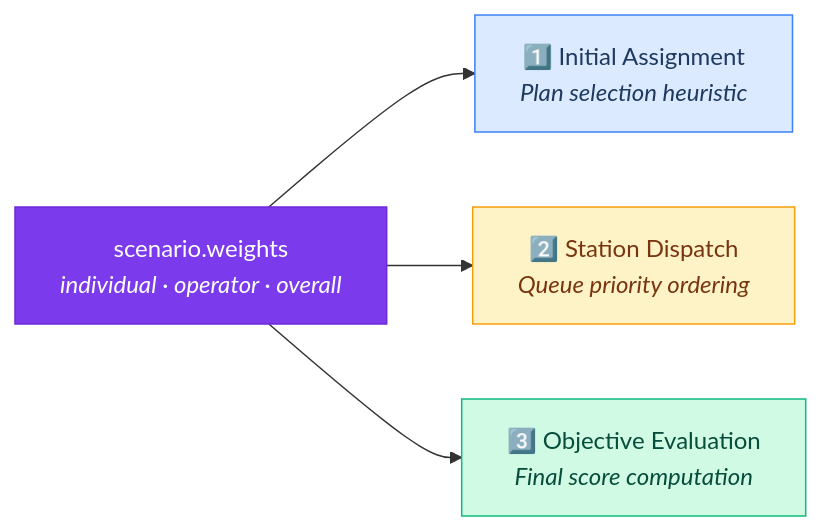
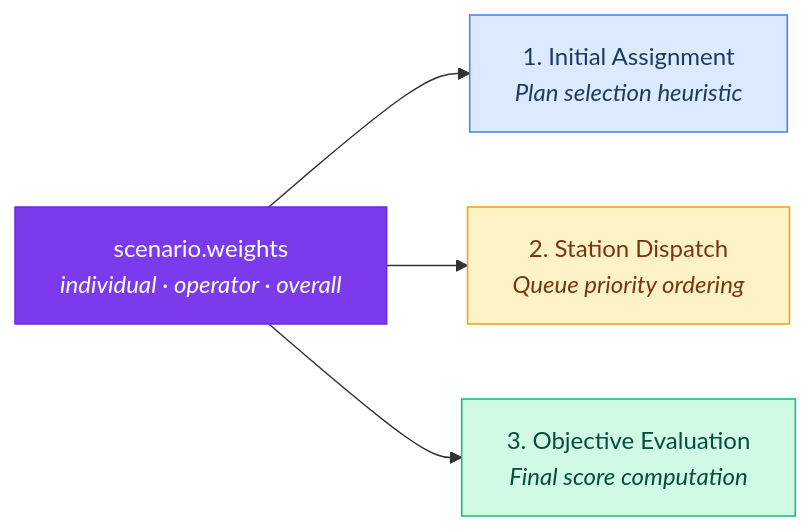
One commit to mukulgupta11/bus_charging_scheduler changed diagram 11 of 13 in ARCHITECTURE.md. Above: the diagram before and after it, drawn with Mermaid. The commit also changed other lines of this file and 3 other files, not shown here.

````diff
--- a/ARCHITECTURE.md
+++ b/ARCHITECTURE.md
@@ -660,13 +660,13 @@
 ```mermaid
 graph LR
     W["scenario.weights<br/><i>individual · operator · overall</i>"]
 
-    W --> IA["1️⃣ Initial Assignment<br/><i>Plan selection heuristic</i>"]
-    W --> SD["2️⃣ Station Dispatch<br/><i>Queue priority ordering</i>"]
-    W --> OE["3️⃣ Objective Evaluation<br/><i>Final score computation</i>"]
+    W --> IA["1. Initial Assignment<br/><i>Plan selection heuristic</i>"]
+    W --> SD["2. Station Dispatch<br/><i>Queue priority ordering</i>"]
+    W --> OE["3. Objective Evaluation<br/><i>Final score computation</i>"]
 
     style W fill:#7C3AED,color:#fff,stroke:#6D28D9
     style IA fill:#DBEAFE,stroke:#3B82F6,color:#1E3A5F
     style SD fill:#FEF3C7,stroke:#F59E0B,color:#78350F
     style OE fill:#D1FAE5,stroke:#10B981,color:#064E3B
 ```
````
